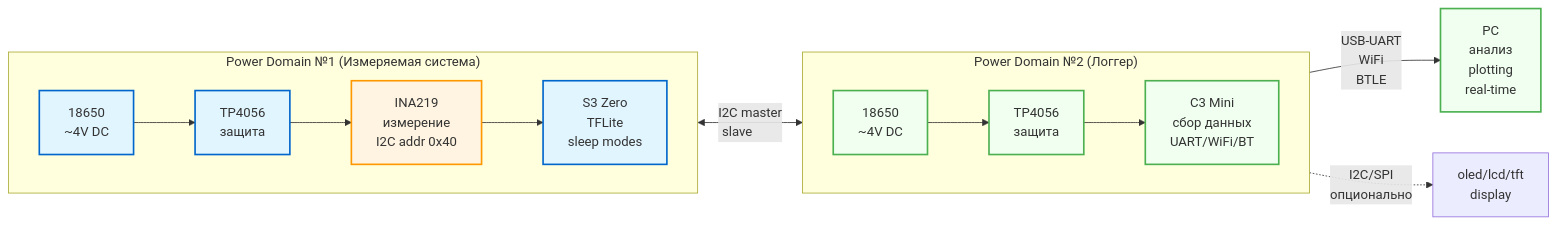
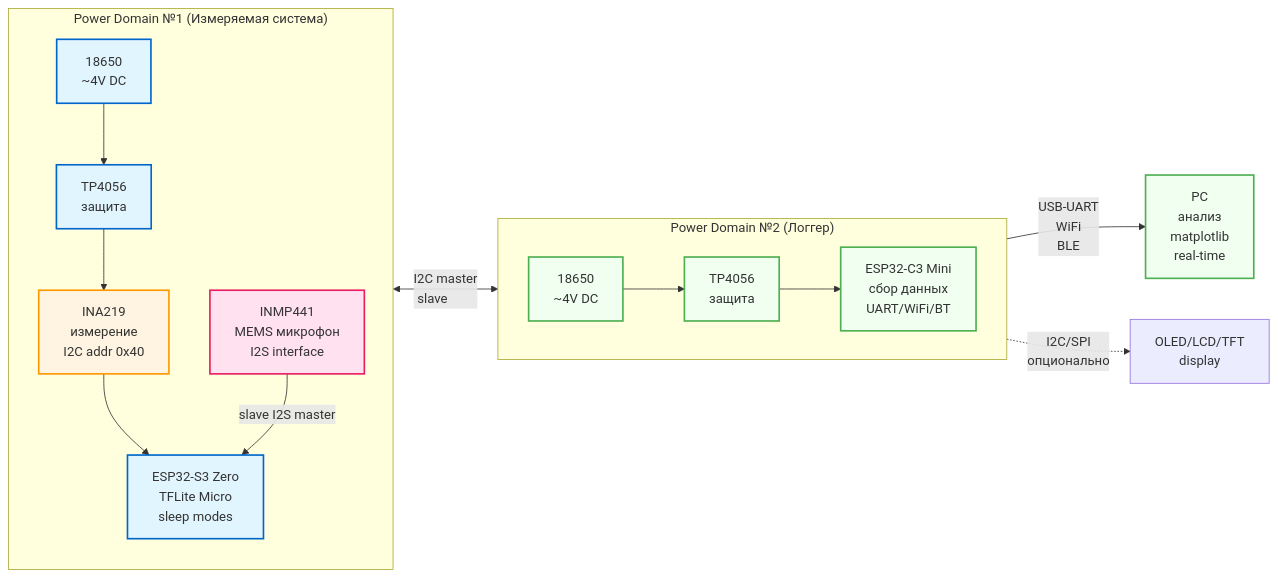
One commit to worthant/itmo-bachelor-thesis changed the diagram in README.md. Above: the diagram before and after it, drawn with Mermaid. The commit also changed other lines of this file, not shown here.

````diff
--- a/README.md
+++ b/README.md
@@ -26,40 +101,49 @@
 ```mermaid
 ---
 config:
   layout: dagre
 ---
 flowchart LR
- subgraph system1["Power Domain №1 (Измеряемая система)"]
-    direction LR
-        S3["S3 Zero<br>TFLite<br>sleep modes"]
+    subgraph system1["Power Domain №1 (Измеряемая система)"]
+        direction TB
+        BAT1["18650<br>~4V DC"]
+        TP1["TP4056<br>защита"]
         INA["INA219<br>измерение<br>I2C addr 0x40"]
-        TP1["TP4056<br>защита"]
-        BAT1["18650<br>~4V DC"]
-  end
- subgraph system2["Power Domain №2 (Логгер)"]
-    direction LR
-        C3["C3 Mini<br>сбор данных<br>UART/WiFi/BT"]
+        S3["ESP32-S3 Zero<br>TFLite Micro<br>sleep modes"]
+        MIC["INMP441<br>MEMS микрофон<br>I2S interface"]
+    end
+
+    subgraph system2["Power Domain №2 (Логгер)"]
+        direction LR
+        BAT2["18650<br>~4V DC"]
         TP2["TP4056<br>защита"]
-        BAT2["18650<br>~4V DC"]
-  end
+        C3["ESP32-C3 Mini<br>сбор данных<br>UART/WiFi/BT"]
+    end
+
     BAT1 --> TP1
     TP1 --> INA
     INA --> S3
+    MIC -->|slave I2S master| S3
+
     BAT2 --> TP2
     TP2 --> C3
     INA <-- I2C master<br>slave &nbsp; &nbsp; &nbsp; &nbsp; --> C3
-    C3 -- "USB-UART<br>WiFi<br>BTLE" --> PC["PC<br>анализ<br>plotting<br>real-time"]
-    C3 -. I2C/SPI<br>опционально .-> DISPLAY["oled/lcd/tft<br>display"]
 
-     BAT1:::powerDomain
-     TP1:::powerDomain
-     INA:::sensor
-     S3:::powerDomain
-     BAT2:::logger
-     TP2:::logger
-     C3:::logger
-     PC:::logger
+    C3 -->|USB-UART<br>WiFi<br>BLE| PC["PC<br>анализ<br>matplotlib<br>real-time"]
+    C3 -.->|I2C/SPI<br>опционально| DISPLAY["OLED/LCD/TFT<br>display"]
+
+    BAT1:::powerDomain
+    TP1:::powerDomain
+    INA:::sensor
+    S3:::powerDomain
+    MIC:::audio
+    BAT2:::logger
+    TP2:::logger
+    C3:::logger
+    PC:::logger
+
     classDef powerDomain fill:#e1f5ff,stroke:#0066cc,stroke-width:2px
     classDef sensor fill:#fff4e1,stroke:#ff9800,stroke-width:2px
     classDef logger fill:#f0fff0,stroke:#4caf50,stroke-width:2px
+    classDef audio fill:#ffe1f0,stroke:#e91e63,stroke-width:2px
 ```
````
